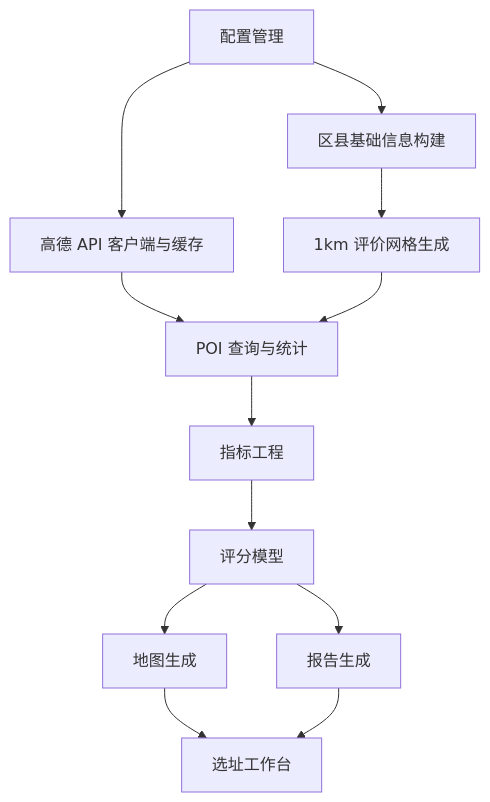
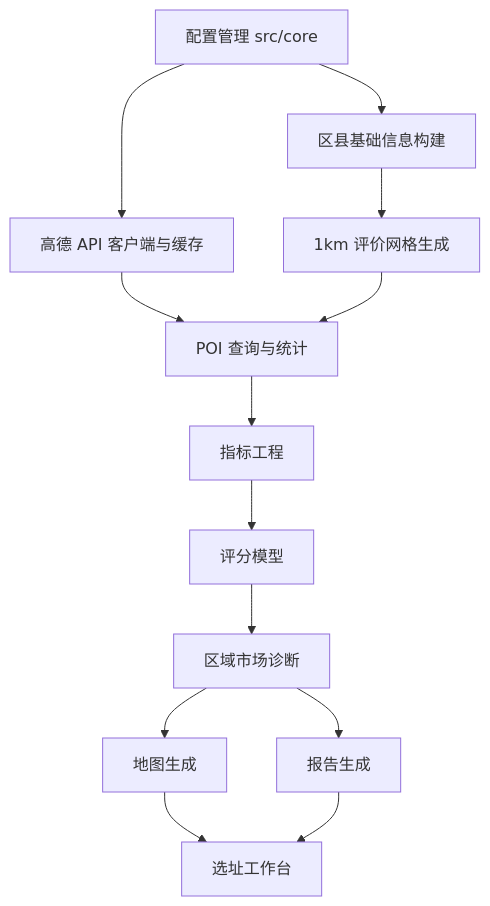
The third of 3 diagrams in docs/技术路线草图.md (Brolem/qianzhi_selection), drawn with Mermaid before and after one commit. The commit also changed other lines of this file and 11 other files, not shown here.

````diff
--- a/docs/技术路线草图.md
+++ b/docs/技术路线草图.md
@@ -28,14 +51,15 @@
 ```mermaid
 flowchart TD
-    A["配置管理"] --> B["高德 API 客户端与缓存"]
+    A["配置管理 src/core"] --> B["高德 API 客户端与缓存"]
     A --> C["区县基础信息构建"]
     C --> D["1km 评价网格生成"]
     B --> E["POI 查询与统计"]
     D --> E
     E --> F["指标工程"]
     F --> G["评分模型"]
-    G --> H["地图生成"]
-    G --> I["报告生成"]
-    H --> J["选址工作台"]
-    I --> J
+    G --> H["区域市场诊断"]
+    H --> I["地图生成"]
+    H --> J["报告生成"]
+    I --> K["选址工作台"]
+    J --> K
 ```
````
